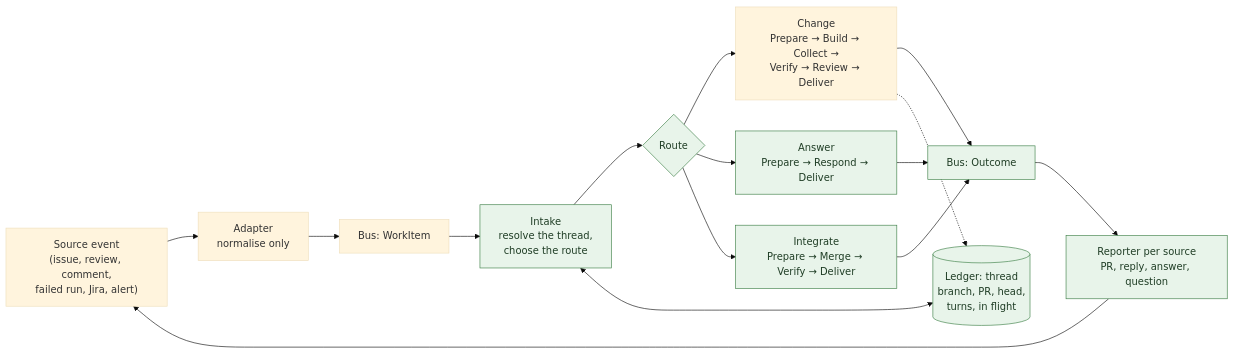
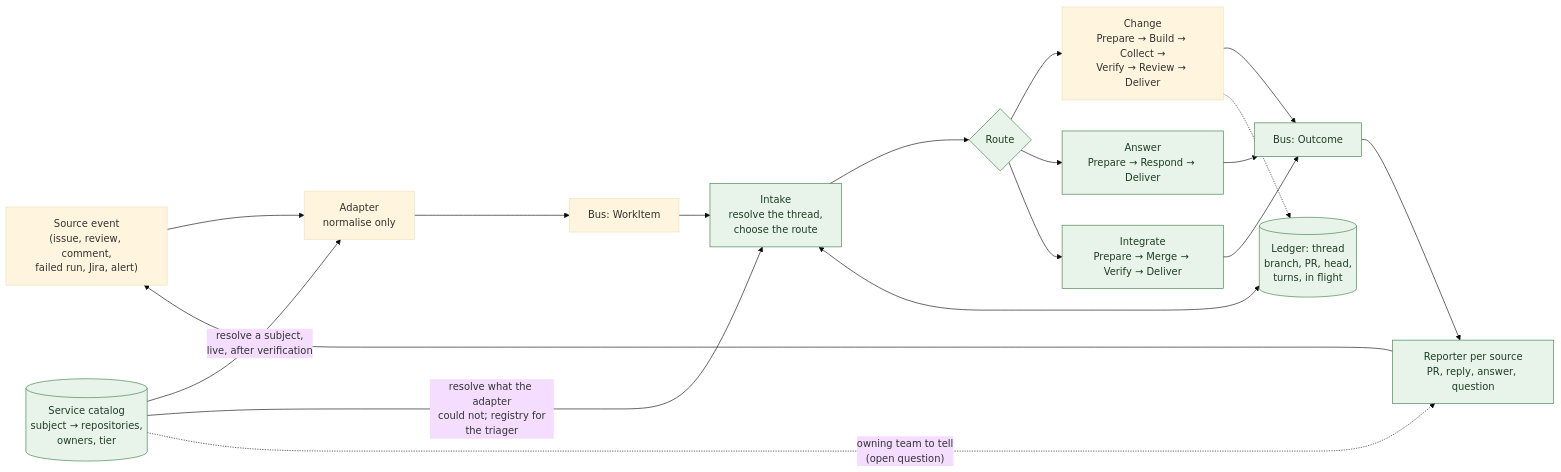
The diagram in docs/design-extension-points.md (JamieGeddes/factorial), drawn with Mermaid (base theme) before and after one commit. The commit also changed other lines of this file, not shown here.

First line of the commit message:
Add the service catalog to the extension-points design

````diff
--- a/docs/design-extension-points.md
+++ b/docs/design-extension-points.md
@@ -59,24 +59,28 @@
 ```mermaid
 flowchart LR
     classDef new fill:#e8f4ea,stroke:#3a7d44,color:#1f3d25
 
     src["Source event<br/>(issue, review, comment,<br/>failed run, Jira, alert)"]
     adapter["Adapter<br/>normalise only"]
     bus["Bus: WorkItem"]
     intake["Intake<br/>resolve the thread,<br/>choose the route"]:::new
     route{"Route"}:::new
     change["Change<br/>Prepare → Build → Collect →<br/>Verify → Review → Deliver"]
     answer["Answer<br/>Prepare → Respond → Deliver"]:::new
     integrate["Integrate<br/>Prepare → Merge → Verify → Deliver"]:::new
     outcome["Bus: Outcome"]:::new
     reporter["Reporter per source<br/>PR, reply, answer, question"]:::new
     thread[("Ledger: thread<br/>branch, PR, head,<br/>turns, in flight")]:::new
+    catalog[("Service catalog<br/>subject → repositories,<br/>owners, tier")]:::new
 
     src --> adapter --> bus --> intake --> route
     route --> change --> outcome
     route --> answer --> outcome
     route --> integrate --> outcome
     outcome --> reporter --> src
     intake <--> thread
     change -.-> thread
+    catalog -- "resolve a subject,<br/>live, after verification" --> adapter
+    catalog -- "resolve what the adapter<br/>could not; registry for<br/>the triager" --> intake
+    catalog -. "owning team to tell<br/>(open question)" .-> reporter
 ```
````
